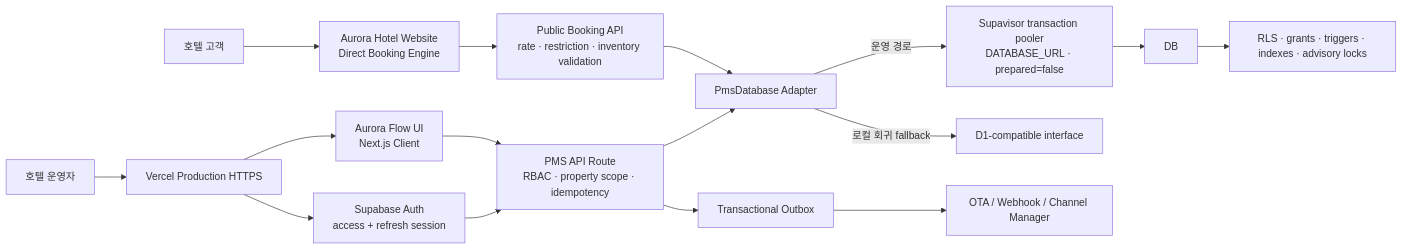
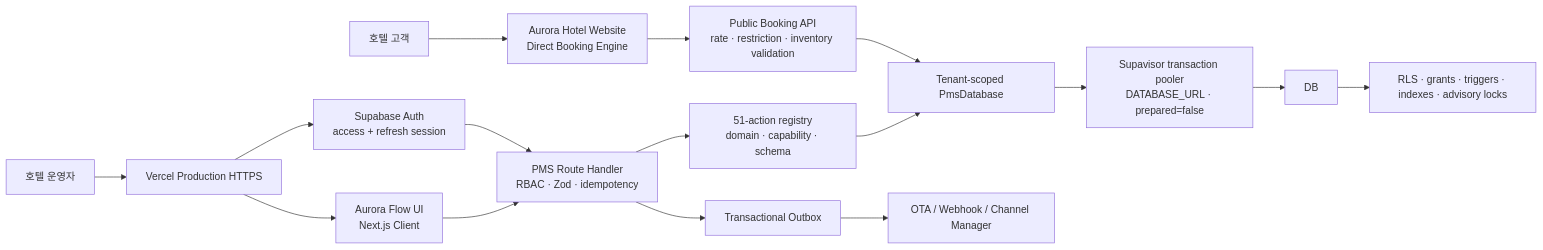
Before and after one commit to sksmsrkk-glitch/Aurora_PMS: the first of 6 diagrams in README.md, drawn with Mermaid. The commit also changed other lines of this file and 13 other files, not shown here.

````diff
--- a/README.md
+++ b/README.md
@@ -113,18 +113,18 @@
 ```mermaid
 flowchart LR
   U["호텔 운영자"] --> VERCEL["Vercel Production HTTPS"]
   G["호텔 고객"] --> WEB["Aurora Hotel Website\nDirect Booking Engine"]
   VERCEL --> AUTH["Supabase Auth\naccess + refresh session"]
   VERCEL --> UI["Aurora Flow UI\nNext.js Client"]
-  AUTH --> API["PMS API Route\nRBAC · property scope · idempotency"]
+  AUTH --> API["PMS Route Handler\nRBAC · Zod · idempotency"]
   UI --> API
   WEB --> BOOKING["Public Booking API\nrate · restriction · inventory validation"]
-  API --> ADAPTER["PmsDatabase Adapter"]
+  API --> REGISTRY["51-action registry\ndomain · capability · schema"]
+  REGISTRY --> ADAPTER["Tenant-scoped PmsDatabase"]
   BOOKING --> ADAPTER
-  ADAPTER -->|"운영 경로"| PG["Supavisor transaction pooler\nDATABASE_URL · prepared=false"]
-  ADAPTER -->|"로컬 회귀 fallback"| D1["D1-compatible interface"]
+  ADAPTER --> PG["Supavisor transaction pooler\nDATABASE_URL · prepared=false"]
   PG --> DB
   DB --> GUARD["RLS · grants · triggers · indexes · advisory locks"]
   API --> OUTBOX["Transactional Outbox"]
   OUTBOX --> OTA["OTA / Webhook / Channel Manager"]
 ```
````
